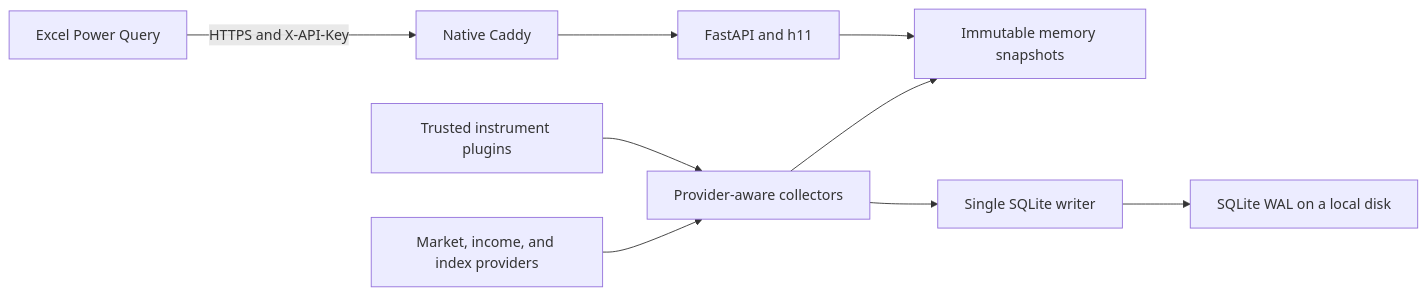
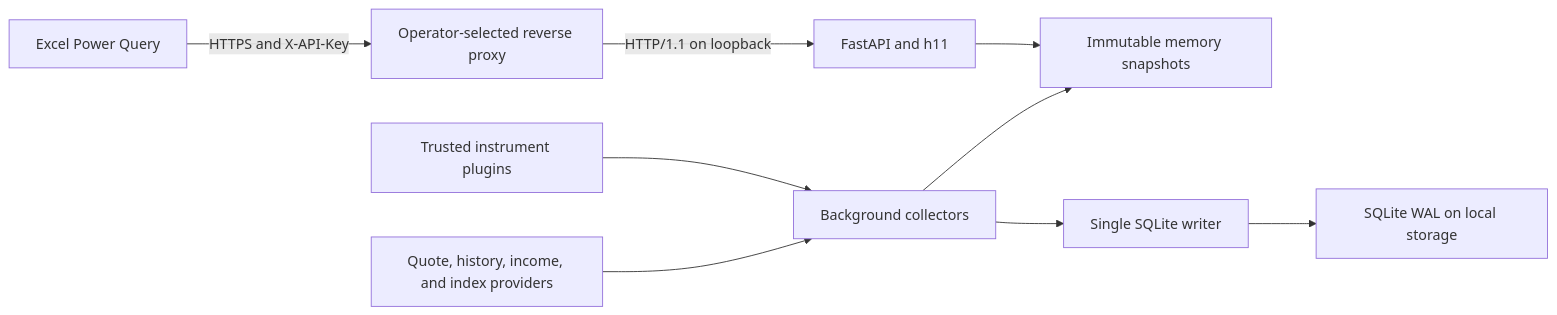
The diagram in README.md (nakululusatuva/QuickPrice), drawn with Mermaid before and after one commit. The commit also changed other lines of this file and 9 other files, not shown here.

Commit message:
docs: decouple reverse proxy deployment

````diff
--- a/README.md
+++ b/README.md
@@ -26,11 +37,11 @@
 ```mermaid
 flowchart LR
-    Excel["Excel Power Query"] -->|"HTTPS and X-API-Key"| Caddy["Native Caddy"]
-    Caddy --> API["FastAPI and h11"]
+    Excel["Excel Power Query"] -->|"HTTPS and X-API-Key"| Proxy["Operator-selected reverse proxy"]
+    Proxy -->|"HTTP/1.1 on loopback"| API["FastAPI and h11"]
     API --> Snapshots["Immutable memory snapshots"]
-    Plugins["Trusted instrument plugins"] --> Collectors["Provider-aware collectors"]
-    Providers["Market, income, and index providers"] --> Collectors
+    Plugins["Trusted instrument plugins"] --> Collectors["Background collectors"]
+    Providers["Quote, history, income, and index providers"] --> Collectors
     Collectors --> Snapshots
     Collectors --> Writer["Single SQLite writer"]
-    Writer --> SQLite["SQLite WAL on a local disk"]
+    Writer --> SQLite["SQLite WAL on local storage"]
 ```
````
